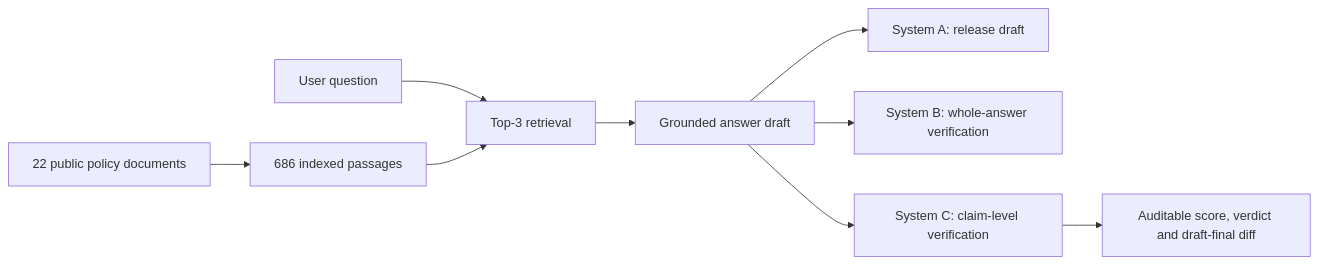
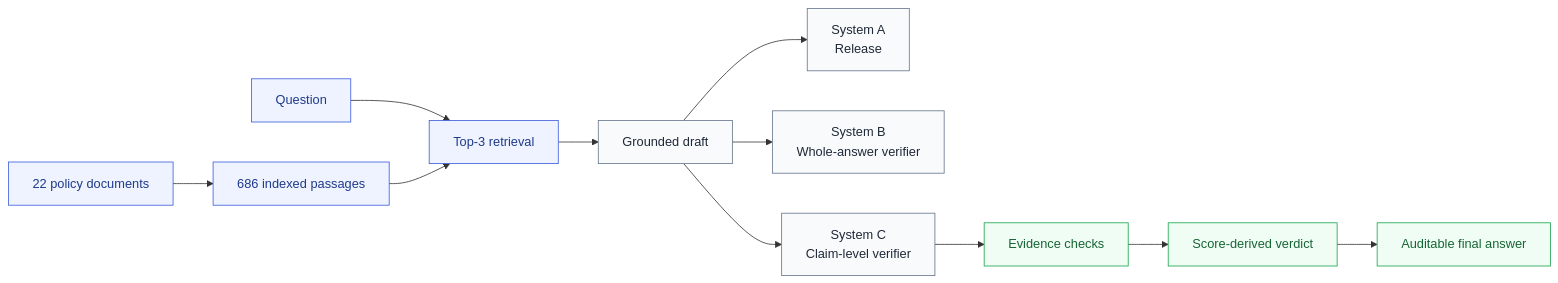
One commit to megh267/Rag-Faithfulness changed the diagram in README.md. Above: the diagram before and after it, drawn with Mermaid. The commit also changed other lines of this file, not shown here.

````diff
--- a/README.md
+++ b/README.md
@@ -19,11 +54,20 @@
 ```mermaid
 flowchart LR
-    D[22 public policy documents] --> I[686 indexed passages]
-    Q[User question] --> R[Top-3 retrieval]
+    D[22 policy documents] --> I[686 indexed passages]
+    Q[Question] --> R[Top-3 retrieval]
     I --> R
-    R --> G[Grounded answer draft]
-    G --> A[System A: release draft]
-    G --> B[System B: whole-answer verification]
-    G --> C[System C: claim-level verification]
-    C --> V[Auditable score, verdict and draft-final diff]
+    R --> G[Grounded draft]
+    G --> A[System A<br/>Release]
+    G --> B[System B<br/>Whole-answer verifier]
+    G --> C[System C<br/>Claim-level verifier]
+    C --> V[Evidence checks]
+    V --> S[Score-derived verdict]
+    S --> O[Auditable final answer]
+
+    classDef data fill:#eef3ff,stroke:#3b5bdb,color:#1e3a8a;
+    classDef system fill:#f8fafc,stroke:#64748b,color:#1f2937;
+    classDef audit fill:#f0fdf4,stroke:#16a34a,color:#166534;
+    class D,I,Q,R data;
+    class G,A,B,C system;
+    class V,S,O audit;
 ```
````
